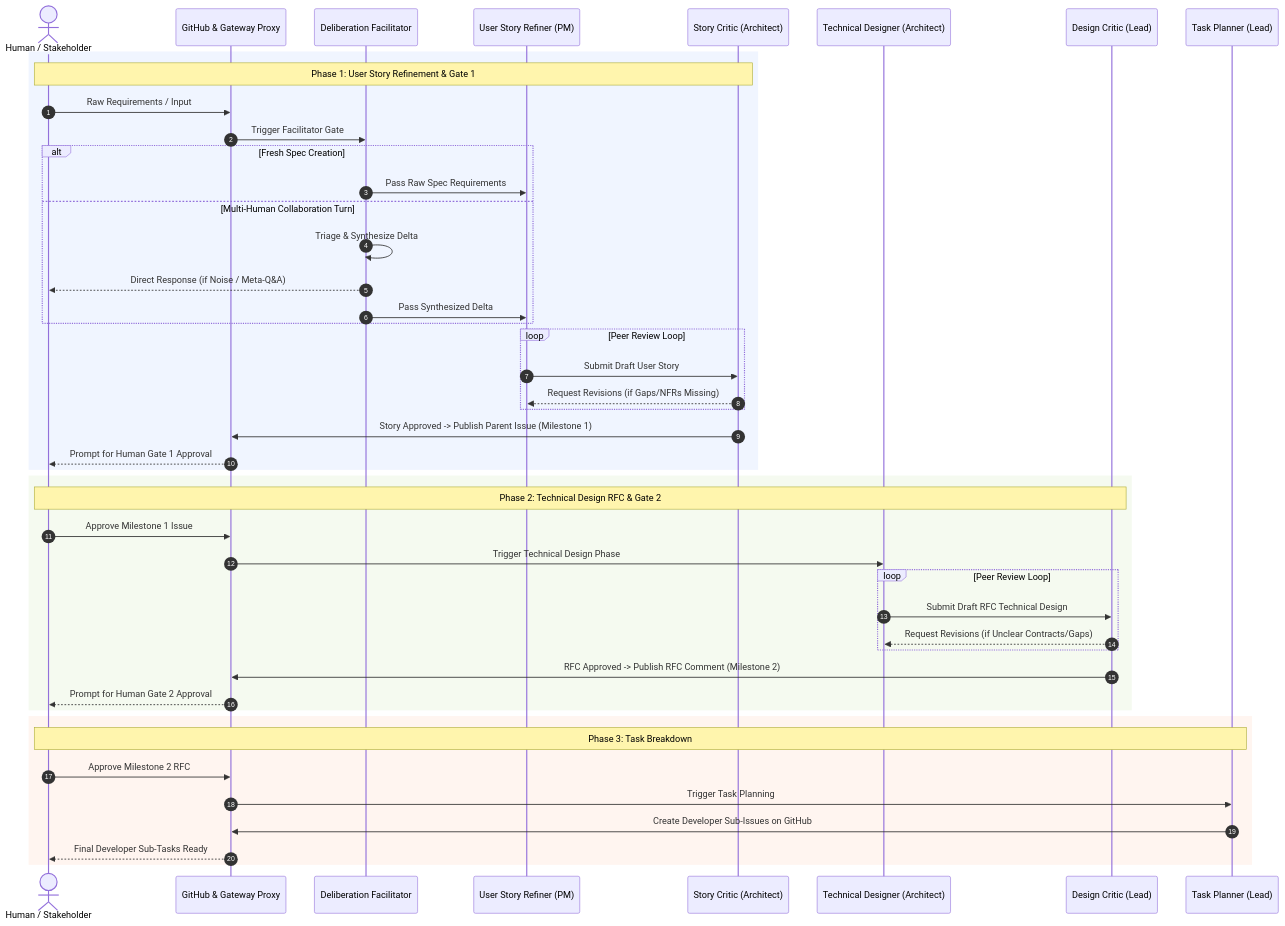
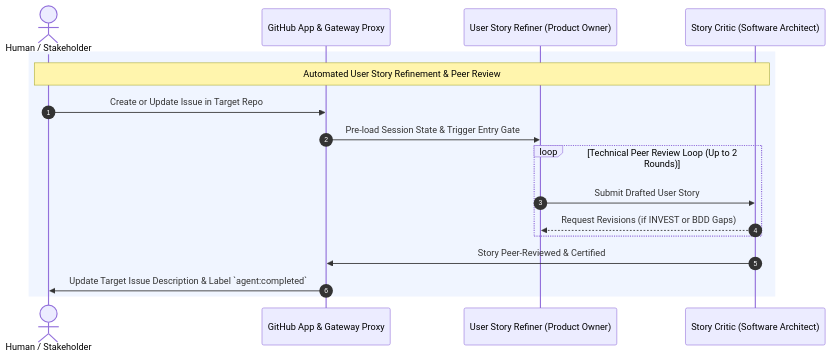
One commit to mbychkowski/agent-factory changed the diagram in README.md. Above: the diagram before and after it, drawn with Mermaid. The commit also changed other lines of this file and 47 other files, not shown here.

First line of the commit message:
refactor: modernize agent toolsets with native ADK Skills and GitHub MCP server

````diff
--- a/README.md
+++ b/README.md
@@ -11,51 +53,20 @@
 ```mermaid
 sequenceDiagram
     autonumber
     actor Human as Human / Stakeholder
-    participant GW as GitHub & Gateway Proxy
-    participant FAC as Deliberation Facilitator
-    participant REF as User Story Refiner (PM)
-    participant SC as Story Critic (Architect)
-    participant DES as Technical Designer (Architect)
-    participant DC as Design Critic (Lead)
-    participant PLN as Task Planner (Lead)
+    participant GW as GitHub App & Gateway Proxy
+    participant REF as User Story Refiner (Product Owner)
+    participant SC as Story Critic (Software Architect)
 
     rect rgb(240, 245, 255)
-        note over Human,SC: Phase 1: User Story Refinement & Gate 1
-        Human->>GW: Raw Requirements / Input
-        GW->>FAC: Trigger Facilitator Gate
-        alt Fresh Spec Creation
-            FAC->>REF: Pass Raw Spec Requirements
-        else Multi-Human Collaboration Turn
-            FAC->>FAC: Triage & Synthesize Delta
-            FAC-->>Human: Direct Response (if Noise / Meta-Q&A)
-            FAC->>REF: Pass Synthesized Delta
+        note over Human,SC: Automated User Story Refinement & Peer Review
+        Human->>GW: Create or Update Issue in Target Repo
+        GW->>REF: Pre-load Session State & Trigger Entry Gate
+        loop Technical Peer Review Loop (Up to 2 Rounds)
+            REF->>SC: Submit Drafted User Story
+            SC-->>REF: Request Revisions (if INVEST or BDD Gaps)
         end
-        loop Peer Review Loop
-            REF->>SC: Submit Draft User Story
-            SC-->>REF: Request Revisions (if Gaps/NFRs Missing)
-        end
-        SC->>GW: Story Approved -> Publish Parent Issue (Milestone 1)
-        GW-->>Human: Prompt for Human Gate 1 Approval
-    end
-
-    rect rgb(245, 250, 240)
-        note over Human,DC: Phase 2: Technical Design RFC & Gate 2
-        Human->>GW: Approve Milestone 1 Issue
-        GW->>DES: Trigger Technical Design Phase
-        loop Peer Review Loop
-            DES->>DC: Submit Draft RFC Technical Design
-            DC-->>DES: Request Revisions (if Unclear Contracts/Gaps)
-        end
-        DC->>GW: RFC Approved -> Publish RFC Comment (Milestone 2)
-        GW-->>Human: Prompt for Human Gate 2 Approval
-    end
-
-    rect rgb(255, 245, 240)
-        note over Human,PLN: Phase 3: Task Breakdown
-        Human->>GW: Approve Milestone 2 RFC
-        GW->>PLN: Trigger Task Planning
-        PLN->>GW: Create Developer Sub-Issues on GitHub
-        GW-->>Human: Final Developer Sub-Tasks Ready
+        SC->>GW: Story Peer-Reviewed & Certified
+        GW->>Human: Update Target Issue Description & Label `agent:completed`
     end
 ```
````
